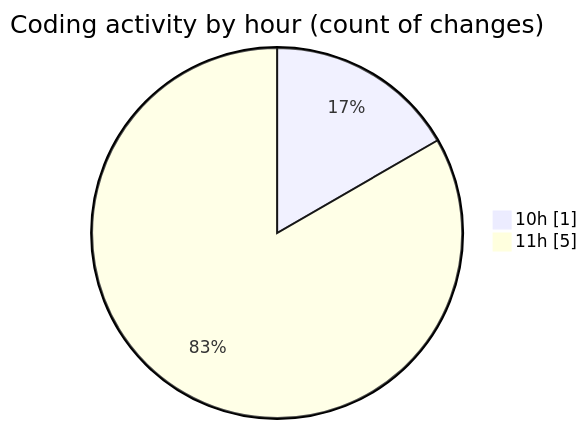
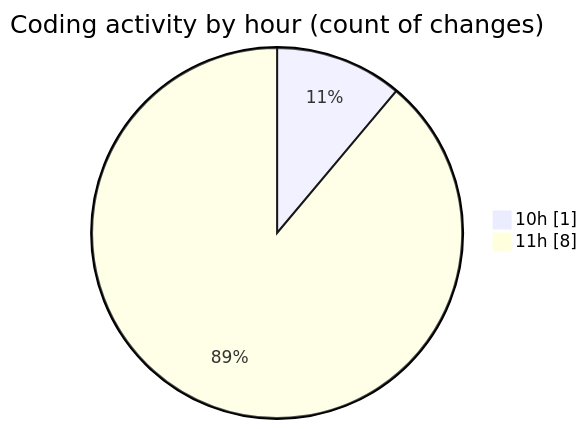
One commit to debugP/code-tracking changed the second of 2 diagrams in 2025-10-03/untitled__workspace_/README.md. Above: the diagram before and after it, drawn with Mermaid. The commit also changed other lines of this file and 1 other file, not shown here.

````diff
--- a/2025-10-03/untitled__workspace_/README.md
+++ b/2025-10-03/untitled__workspace_/README.md
@@ -28,6 +28,6 @@
 ```mermaid
 pie showData
 title Coding activity by hour (count of changes)
 "10h" : 1
-"11h" : 5
+"11h" : 8
 ```
````
